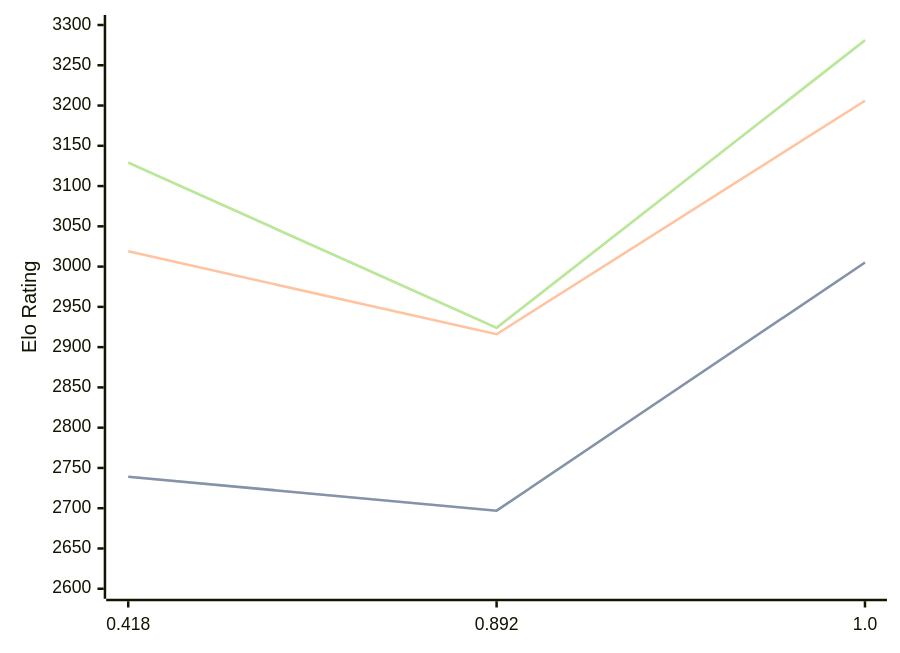
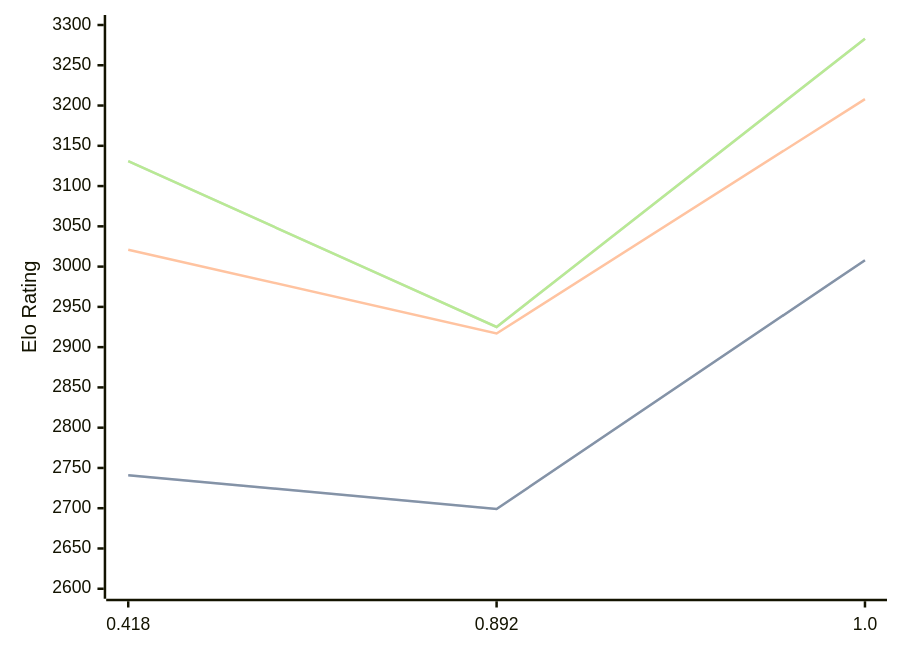
Before and after one commit to computer-chess-index/cci: the diagram in engines/Malika.md, drawn with Mermaid. The commit also changed other lines of this file, not shown here.

Commit message:
Update CCI Ratings (ELO VLTC) - 2026-04-11

````diff
--- a/engines/Malika.md
+++ b/engines/Malika.md
@@ -33,11 +33,11 @@
 ```mermaid
 %%{init: {"theme":"base","themeVariables":{"seriesColors:['#a3a3a3','#222221','#faa371']}}}%%
 xychart-beta
   x-axis ["0.418", "0.892", "1.0"]
   y-axis "Elo Rating" 2600 --> 3300
-  line "STC (8.0+0.08s)" [2739, 2697, 3005]
-  line "STC (8.0+0.08s)" [2739, 2697, 3005]
-  line "LTC (60.0+0.60s)" [3019, 2916, 3206]
-  line "VLTC (2m24s+1.12s)" [3129, 2924, 3281]
-  line "VLTC (2m24s+1.12s)" [3129, 2924, 3281]
+  line "STC (8.0+0.08s)" [2741, 2699, 3008]
+  line "STC (8.0+0.08s)" [2741, 2699, 3008]
+  line "LTC (60.0+0.60s)" [3021, 2917, 3208]
+  line "VLTC (2m24s+1.12s)" [3131, 2925, 3283]
+  line "VLTC (2m24s+1.12s)" [3131, 2925, 3283]
 ```
````
